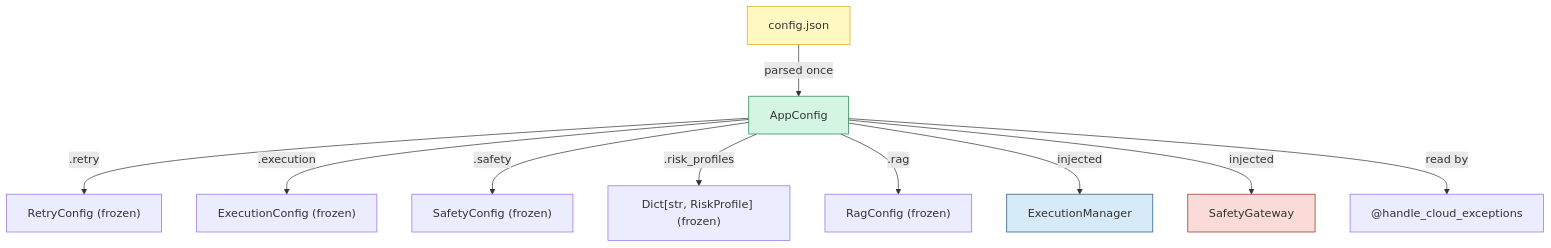
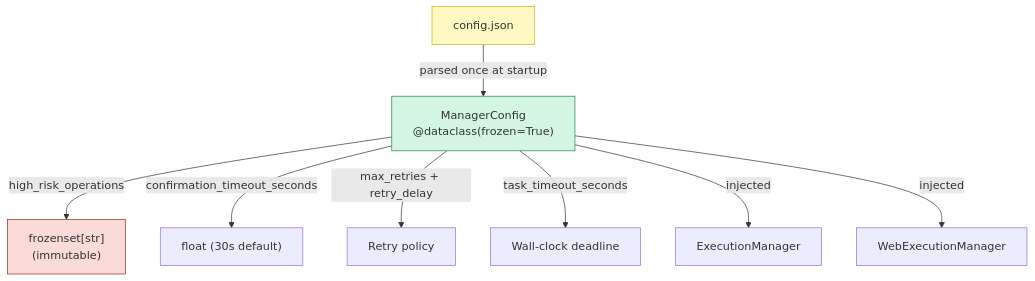
The fourth of 7 diagrams in README.md (citizen204/cloud-ops-ai-agent), drawn with Mermaid before and after one commit. The commit also changed other lines of this file and 2 other files, not shown here.

````diff
--- a/README.md
+++ b/README.md
@@ -230,18 +199,15 @@
 ```mermaid
 graph TD
-    CF["config.json"] -->|parsed once| AC["AppConfig"]
-    AC -->|".retry"| RC["RetryConfig (frozen)"]
-    AC -->|".execution"| EC["ExecutionConfig (frozen)"]
-    AC -->|".safety"| SC["SafetyConfig (frozen)"]
-    AC -->|".risk_profiles"| RP["Dict[str, RiskProfile] (frozen)"]
-    AC -->|".rag"| RAG["RagConfig (frozen)"]
+    CF["config.json"] -->|"parsed once at startup"| MC["ManagerConfig\n@dataclass(frozen=True)"]
+    MC -->|"high_risk_operations"| FS["frozenset[str]\n(immutable)"]
+    MC -->|"confirmation_timeout_seconds"| CT["float (30s default)"]
+    MC -->|"max_retries + retry_delay"| RET["Retry policy"]
+    MC -->|"task_timeout_seconds"| TO["Wall-clock deadline"]
 
-    AC -->|injected| EM["ExecutionManager"]
-    AC -->|injected| GW["SafetyGateway"]
-    AC -->|read by| DEC["@handle_cloud_exceptions"]
+    MC -->|"injected"| EM["ExecutionManager"]
+    MC -->|"injected"| WEM["WebExecutionManager"]
 
     style CF fill:#FEF9C3,stroke:#D4AC0D
-    style AC fill:#D5F5E3,stroke:#1E8449
-    style EM fill:#D6EAF8,stroke:#1A5276
-    style GW fill:#FADBD8,stroke:#922B21
+    style MC fill:#D5F5E3,stroke:#1E8449
+    style FS fill:#FADBD8,stroke:#922B21
 ```
````
